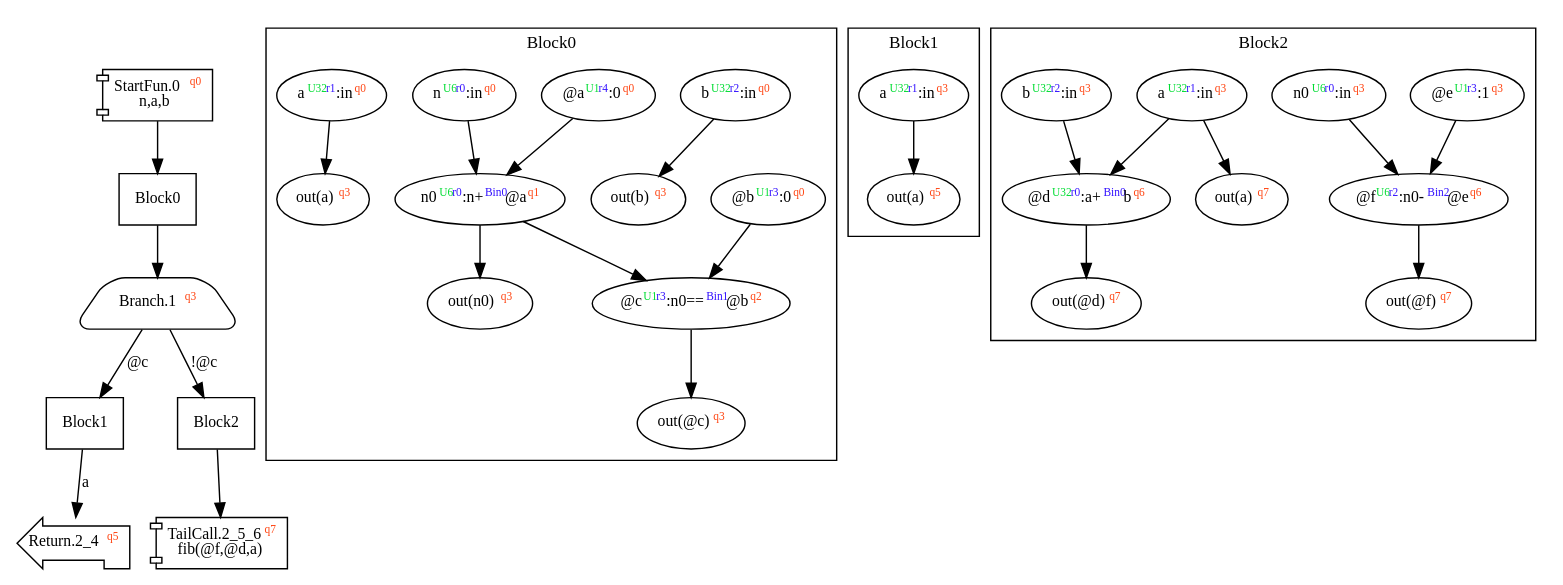
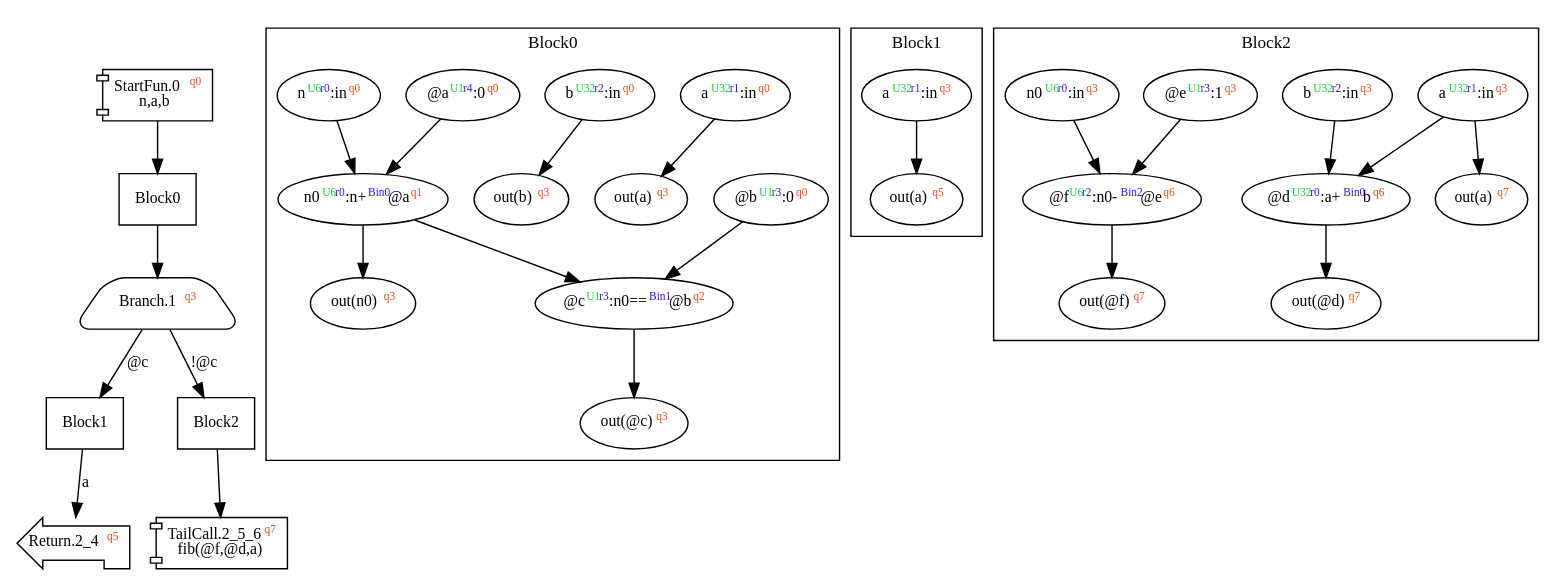
Before and after one commit to akouryy/SyntheScala: the diagram in dist/fib.dot, drawn with Graphviz. The commit also changed 15 other files, not shown here.

```diff
--- a/dist/fib.dot
+++ b/dist/fib.dot
@@ -1,46 +1,46 @@
 digraph Program_ {
 graph [fontname = "Monaco", fontsize = 12, ranksep = 0.5];
 node [shape = box, fontname = "Monaco", fontsize = 11; colorscheme = pastel19];
 edge [fontname = "Monaco", fontsize = 11; colorscheme = pastel19];
 Jump0[label = <StartFun.0<font color="#ff4411" point-size="8"><sup>q0</sup></font><br/>n,a,b>; shape = component];
 Jump0 -> Block0;
 Jump1[
   label = <Branch.1<font color="#ff4411" point-size="8"><sup>q3</sup></font>>;
   shape = trapezium; style = rounded;
 ];
 Block0 -> Jump1;
 Jump1 -> Block1 [label="@c"];
 Jump1 -> Block2 [label="!@c"];
 Jump2_4[label = <Return.2_4<font color="#ff4411" point-size="8"><sup>q5</sup></font>>; shape = lpromoter];
 Block1 -> Jump2_4 [label="a"];
 Jump2_5_6[label = <TailCall.2_5_6<font color="#ff4411" point-size="8"><sup>q7</sup></font><br/>fib(@f,@d,a)>; shape = component];
 Block2 -> Jump2_5_6;
 Block0 [label = "Block0"];
 Block1 [label = "Block1"];
 Block2 [label = "Block2"];
 subgraph cluster_dfg_Block0{
 node [shape = oval];
 label = "Block0";
-ndBlock0_0 [label=<out(b)<font color="#ff4411" point-size="8"><sup>q3</sup></font>>];ndBlock0_1 [label=<out(n0)<font color="#ff4411" point-size="8"><sup>q3</sup></font>>];ndBlock0_2 [label=<@b<font color="#00dd33" point-size="8"><sup>U1</sup></font><font color="#3311ff" point-size="8"><sup>r3</sup></font>:0<font color="#ff4411" point-size="8"><sup>q0</sup></font>>];ndBlock0_3 [label=<@c<font color="#00dd33" point-size="8"><sup>U1</sup></font><font color="#3311ff" point-size="8"><sup>r3</sup></font>:n0==<font color="#3311ff" point-size="8"><sup>Bin1</sup></font>@b<font color="#ff4411" point-size="8"><sup>q2</sup></font>>];ndBlock0_4 [label=<out(@c)<font color="#ff4411" point-size="8"><sup>q3</sup></font>>];ndBlock0_5 [label=<b<font color="#00dd33" point-size="8"><sup>U32</sup></font><font color="#3311ff" point-size="8"><sup>r2</sup></font>:in<font color="#ff4411" point-size="8"><sup>q0</sup></font>>];ndBlock0_6 [label=<out(a)<font color="#ff4411" point-size="8"><sup>q3</sup></font>>];ndBlock0_7 [label=<@a<font color="#00dd33" point-size="8"><sup>U1</sup></font><font color="#3311ff" point-size="8"><sup>r4</sup></font>:0<font color="#ff4411" point-size="8"><sup>q0</sup></font>>];ndBlock0_8 [label=<n<font color="#00dd33" point-size="8"><sup>U6</sup></font><font color="#3311ff" point-size="8"><sup>r0</sup></font>:in<font color="#ff4411" point-size="8"><sup>q0</sup></font>>];ndBlock0_9 [label=<a<font color="#00dd33" point-size="8"><sup>U32</sup></font><font color="#3311ff" point-size="8"><sup>r1</sup></font>:in<font color="#ff4411" point-size="8"><sup>q0</sup></font>>];ndBlock0_10 [label=<n0<font color="#00dd33" point-size="8"><sup>U6</sup></font><font color="#3311ff" point-size="8"><sup>r0</sup></font>:n+<font color="#3311ff" point-size="8"><sup>Bin0</sup></font>@a<font color="#ff4411" point-size="8"><sup>q1</sup></font>>];ndBlock0_7 -> ndBlock0_10;
-ndBlock0_8 -> ndBlock0_10;
-ndBlock0_9 -> ndBlock0_6;
-ndBlock0_2 -> ndBlock0_3;
-ndBlock0_10 -> ndBlock0_3;
-ndBlock0_3 -> ndBlock0_4;
-ndBlock0_5 -> ndBlock0_0;
-ndBlock0_10 -> ndBlock0_1;
+ndBlock0_0 [label=<out(b)<font color="#ff4411" point-size="8"><sup>q3</sup></font>>];ndBlock0_1 [label=<out(n0)<font color="#ff4411" point-size="8"><sup>q3</sup></font>>];ndBlock0_2 [label=<n0<font color="#00dd33" point-size="8"><sup>U6</sup></font><font color="#3311ff" point-size="8"><sup>r0</sup></font>:n+<font color="#3311ff" point-size="8"><sup>Bin0</sup></font>@a<font color="#ff4411" point-size="8"><sup>q1</sup></font>>];ndBlock0_3 [label=<@b<font color="#00dd33" point-size="8"><sup>U1</sup></font><font color="#3311ff" point-size="8"><sup>r3</sup></font>:0<font color="#ff4411" point-size="8"><sup>q0</sup></font>>];ndBlock0_4 [label=<out(@c)<font color="#ff4411" point-size="8"><sup>q3</sup></font>>];ndBlock0_5 [label=<@c<font color="#00dd33" point-size="8"><sup>U1</sup></font><font color="#3311ff" point-size="8"><sup>r3</sup></font>:n0==<font color="#3311ff" point-size="8"><sup>Bin1</sup></font>@b<font color="#ff4411" point-size="8"><sup>q2</sup></font>>];ndBlock0_6 [label=<a<font color="#00dd33" point-size="8"><sup>U32</sup></font><font color="#3311ff" point-size="8"><sup>r1</sup></font>:in<font color="#ff4411" point-size="8"><sup>q0</sup></font>>];ndBlock0_7 [label=<b<font color="#00dd33" point-size="8"><sup>U32</sup></font><font color="#3311ff" point-size="8"><sup>r2</sup></font>:in<font color="#ff4411" point-size="8"><sup>q0</sup></font>>];ndBlock0_8 [label=<out(a)<font color="#ff4411" point-size="8"><sup>q3</sup></font>>];ndBlock0_9 [label=<@a<font color="#00dd33" point-size="8"><sup>U1</sup></font><font color="#3311ff" point-size="8"><sup>r4</sup></font>:0<font color="#ff4411" point-size="8"><sup>q0</sup></font>>];ndBlock0_10 [label=<n<font color="#00dd33" point-size="8"><sup>U6</sup></font><font color="#3311ff" point-size="8"><sup>r0</sup></font>:in<font color="#ff4411" point-size="8"><sup>q0</sup></font>>];ndBlock0_6 -> ndBlock0_8;
+ndBlock0_9 -> ndBlock0_2;
+ndBlock0_10 -> ndBlock0_2;
+ndBlock0_2 -> ndBlock0_5;
+ndBlock0_3 -> ndBlock0_5;
+ndBlock0_5 -> ndBlock0_4;
+ndBlock0_7 -> ndBlock0_0;
+ndBlock0_2 -> ndBlock0_1;
 }subgraph cluster_dfg_Block1{
 node [shape = oval];
 label = "Block1";
 ndBlock1_0 [label=<a<font color="#00dd33" point-size="8"><sup>U32</sup></font><font color="#3311ff" point-size="8"><sup>r1</sup></font>:in<font color="#ff4411" point-size="8"><sup>q3</sup></font>>];ndBlock1_1 [label=<out(a)<font color="#ff4411" point-size="8"><sup>q5</sup></font>>];ndBlock1_0 -> ndBlock1_1;
 }subgraph cluster_dfg_Block2{
 node [shape = oval];
 label = "Block2";
-ndBlock2_0 [label=<@e<font color="#00dd33" point-size="8"><sup>U1</sup></font><font color="#3311ff" point-size="8"><sup>r3</sup></font>:1<font color="#ff4411" point-size="8"><sup>q3</sup></font>>];ndBlock2_1 [label=<@f<font color="#00dd33" point-size="8"><sup>U6</sup></font><font color="#3311ff" point-size="8"><sup>r2</sup></font>:n0-<font color="#3311ff" point-size="8"><sup>Bin2</sup></font>@e<font color="#ff4411" point-size="8"><sup>q6</sup></font>>];ndBlock2_2 [label=<out(@d)<font color="#ff4411" point-size="8"><sup>q7</sup></font>>];ndBlock2_3 [label=<a<font color="#00dd33" point-size="8"><sup>U32</sup></font><font color="#3311ff" point-size="8"><sup>r1</sup></font>:in<font color="#ff4411" point-size="8"><sup>q3</sup></font>>];ndBlock2_4 [label=<out(a)<font color="#ff4411" point-size="8"><sup>q7</sup></font>>];ndBlock2_5 [label=<out(@f)<font color="#ff4411" point-size="8"><sup>q7</sup></font>>];ndBlock2_6 [label=<@d<font color="#00dd33" point-size="8"><sup>U32</sup></font><font color="#3311ff" point-size="8"><sup>r0</sup></font>:a+<font color="#3311ff" point-size="8"><sup>Bin0</sup></font>b<font color="#ff4411" point-size="8"><sup>q6</sup></font>>];ndBlock2_7 [label=<b<font color="#00dd33" point-size="8"><sup>U32</sup></font><font color="#3311ff" point-size="8"><sup>r2</sup></font>:in<font color="#ff4411" point-size="8"><sup>q3</sup></font>>];ndBlock2_8 [label=<n0<font color="#00dd33" point-size="8"><sup>U6</sup></font><font color="#3311ff" point-size="8"><sup>r0</sup></font>:in<font color="#ff4411" point-size="8"><sup>q3</sup></font>>];ndBlock2_3 -> ndBlock2_4;
-ndBlock2_3 -> ndBlock2_6;
-ndBlock2_7 -> ndBlock2_6;
-ndBlock2_6 -> ndBlock2_2;
-ndBlock2_1 -> ndBlock2_5;
+ndBlock2_0 [label=<@e<font color="#00dd33" point-size="8"><sup>U1</sup></font><font color="#3311ff" point-size="8"><sup>r3</sup></font>:1<font color="#ff4411" point-size="8"><sup>q3</sup></font>>];ndBlock2_1 [label=<@f<font color="#00dd33" point-size="8"><sup>U6</sup></font><font color="#3311ff" point-size="8"><sup>r2</sup></font>:n0-<font color="#3311ff" point-size="8"><sup>Bin2</sup></font>@e<font color="#ff4411" point-size="8"><sup>q6</sup></font>>];ndBlock2_2 [label=<out(@d)<font color="#ff4411" point-size="8"><sup>q7</sup></font>>];ndBlock2_3 [label=<@d<font color="#00dd33" point-size="8"><sup>U32</sup></font><font color="#3311ff" point-size="8"><sup>r0</sup></font>:a+<font color="#3311ff" point-size="8"><sup>Bin0</sup></font>b<font color="#ff4411" point-size="8"><sup>q6</sup></font>>];ndBlock2_4 [label=<a<font color="#00dd33" point-size="8"><sup>U32</sup></font><font color="#3311ff" point-size="8"><sup>r1</sup></font>:in<font color="#ff4411" point-size="8"><sup>q3</sup></font>>];ndBlock2_5 [label=<out(a)<font color="#ff4411" point-size="8"><sup>q7</sup></font>>];ndBlock2_6 [label=<out(@f)<font color="#ff4411" point-size="8"><sup>q7</sup></font>>];ndBlock2_7 [label=<b<font color="#00dd33" point-size="8"><sup>U32</sup></font><font color="#3311ff" point-size="8"><sup>r2</sup></font>:in<font color="#ff4411" point-size="8"><sup>q3</sup></font>>];ndBlock2_8 [label=<n0<font color="#00dd33" point-size="8"><sup>U6</sup></font><font color="#3311ff" point-size="8"><sup>r0</sup></font>:in<font color="#ff4411" point-size="8"><sup>q3</sup></font>>];ndBlock2_4 -> ndBlock2_5;
+ndBlock2_3 -> ndBlock2_2;
+ndBlock2_1 -> ndBlock2_6;
+ndBlock2_4 -> ndBlock2_3;
+ndBlock2_7 -> ndBlock2_3;
 ndBlock2_0 -> ndBlock2_1;
 ndBlock2_8 -> ndBlock2_1;
 }}
```
